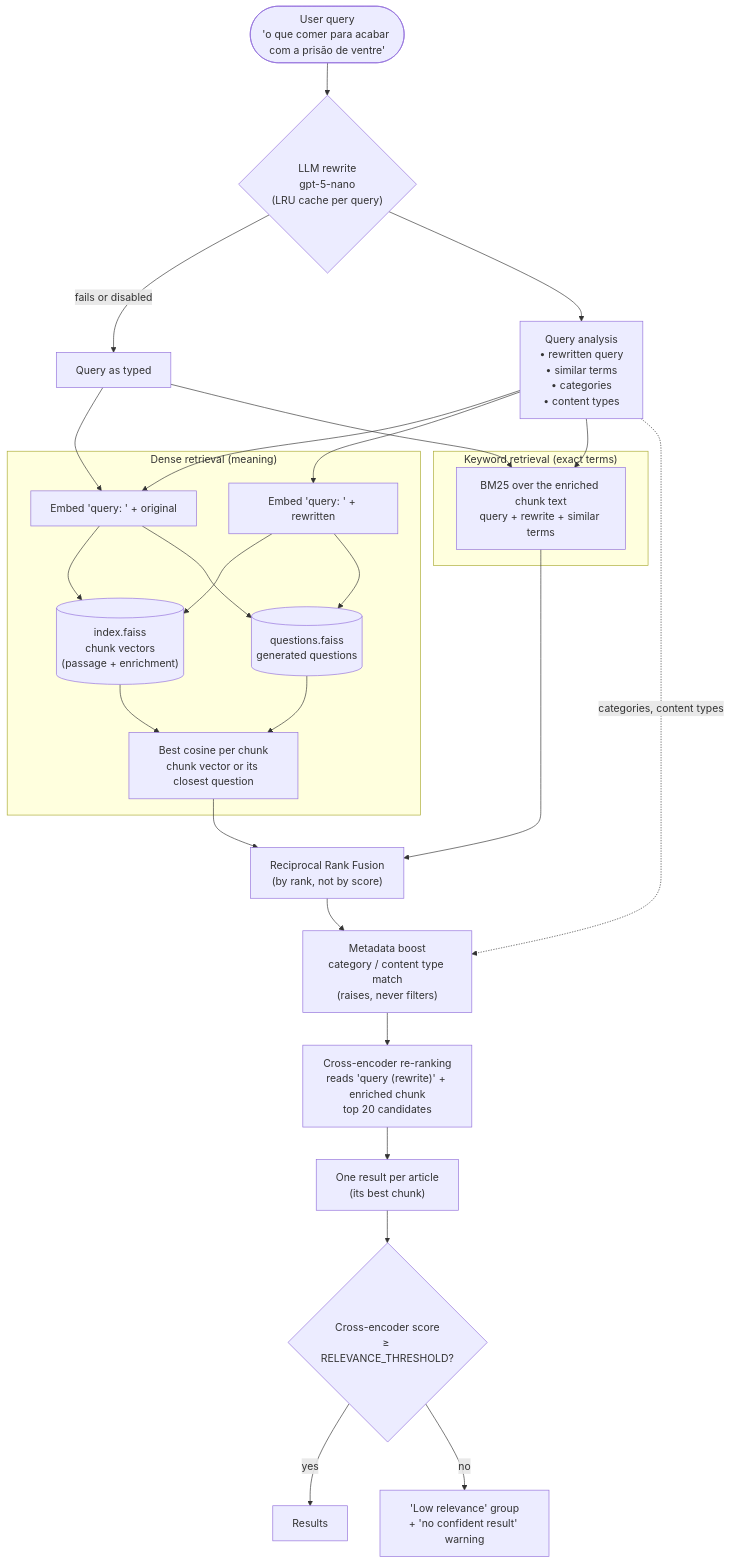
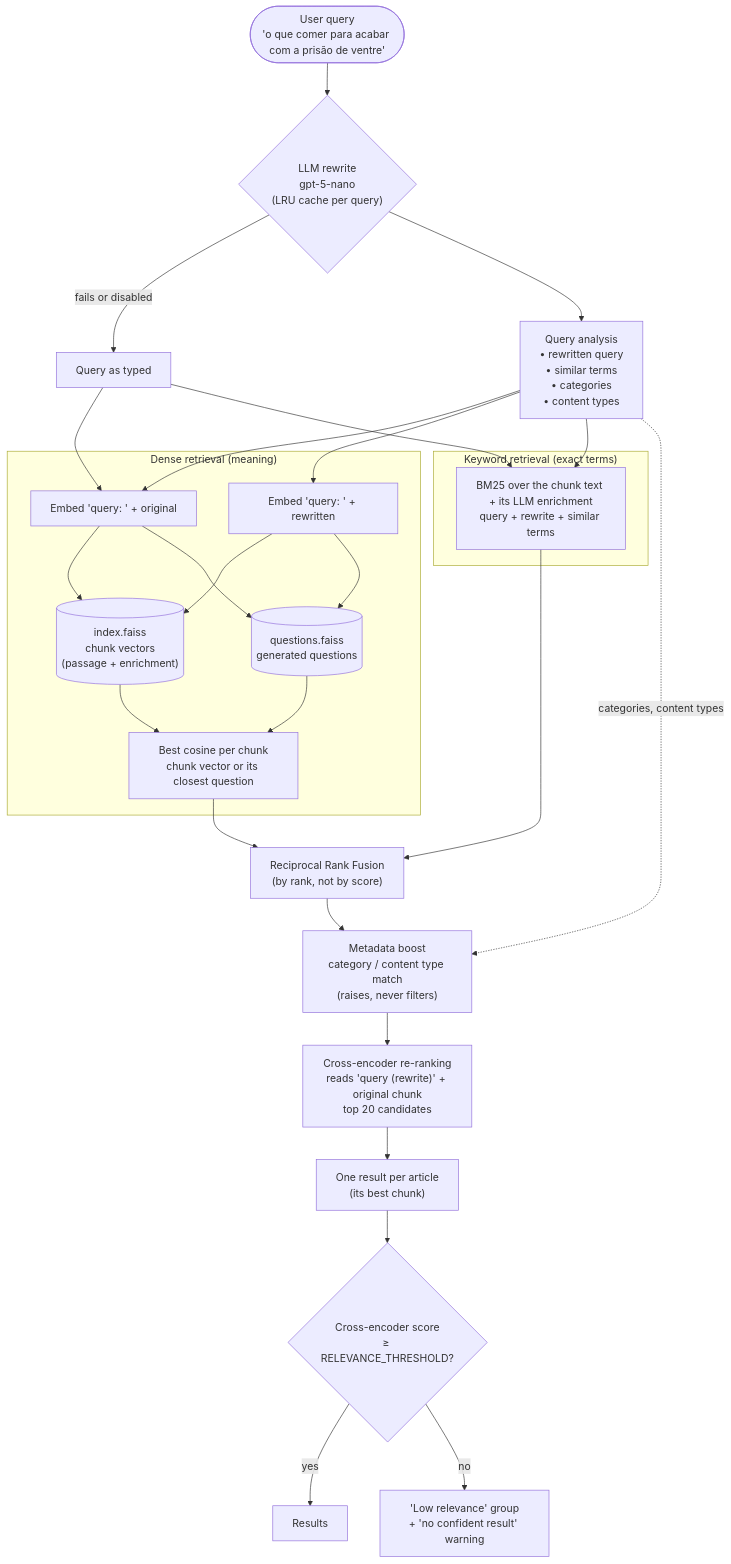
The first of 2 diagrams in 03/semantic_search/README.md (augustobook/backend-ai-dot), drawn with Mermaid before and after one commit. The commit also changed other lines of this file and 13 other files, not shown here.

First line of the commit message:
feat(03): trecho original no vetor e no cross-encoder, limite de relevância calibrado

````diff
--- a/03/semantic_search/README.md
+++ b/03/semantic_search/README.md
@@ -86,37 +86,37 @@
 ```mermaid
 flowchart TD
     Q(["User query<br/>'o que comer para acabar com a prisão de ventre'"])
 
     Q --> R{"LLM rewrite<br/>gpt-5-nano<br/>(LRU cache per query)"}
     R -->|fails or disabled| Q0["Query as typed"]
     R --> A["Query analysis<br/>• rewritten query<br/>• similar terms<br/>• categories<br/>• content types"]
 
     subgraph Dense["Dense retrieval (meaning)"]
         E1["Embed 'query: ' + original"]
         E2["Embed 'query: ' + rewritten"]
         F1[("index.faiss<br/>chunk vectors<br/>(passage + enrichment)")]
         F2[("questions.faiss<br/>generated questions")]
         M["Best cosine per chunk<br/>chunk vector or its closest question"]
         E1 --> F1 & F2
         E2 --> F1 & F2
         F1 --> M
         F2 --> M
     end
 
     subgraph Keyword["Keyword retrieval (exact terms)"]
-        B["BM25 over the enriched chunk text<br/>query + rewrite + similar terms"]
+        B["BM25 over the chunk text + its LLM enrichment<br/>query + rewrite + similar terms"]
     end
 
     A --> E1 & E2 & B
     Q0 --> E1 & B
 
     M --> RRF["Reciprocal Rank Fusion<br/>(by rank, not by score)"]
     B --> RRF
     RRF --> BO["Metadata boost<br/>category / content type match<br/>(raises, never filters)"]
     A -.->|categories, content types| BO
-    BO --> CE["Cross-encoder re-ranking<br/>reads 'query (rewrite)' + enriched chunk<br/>top 20 candidates"]
+    BO --> CE["Cross-encoder re-ranking<br/>reads 'query (rewrite)' + original chunk<br/>top 20 candidates"]
     CE --> G["One result per article<br/>(its best chunk)"]
     G --> T{"Cross-encoder score<br/>≥ RELEVANCE_THRESHOLD?"}
     T -->|yes| OK["Results"]
     T -->|no| LOW["'Low relevance' group<br/>+ 'no confident result' warning"]
 ```
````
